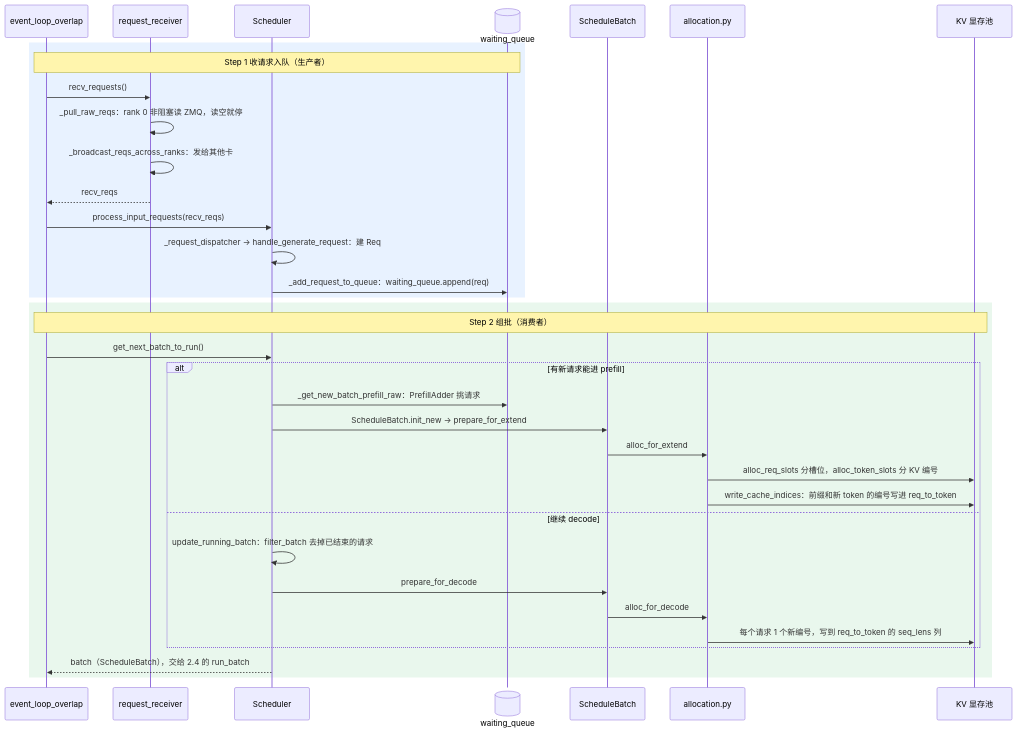
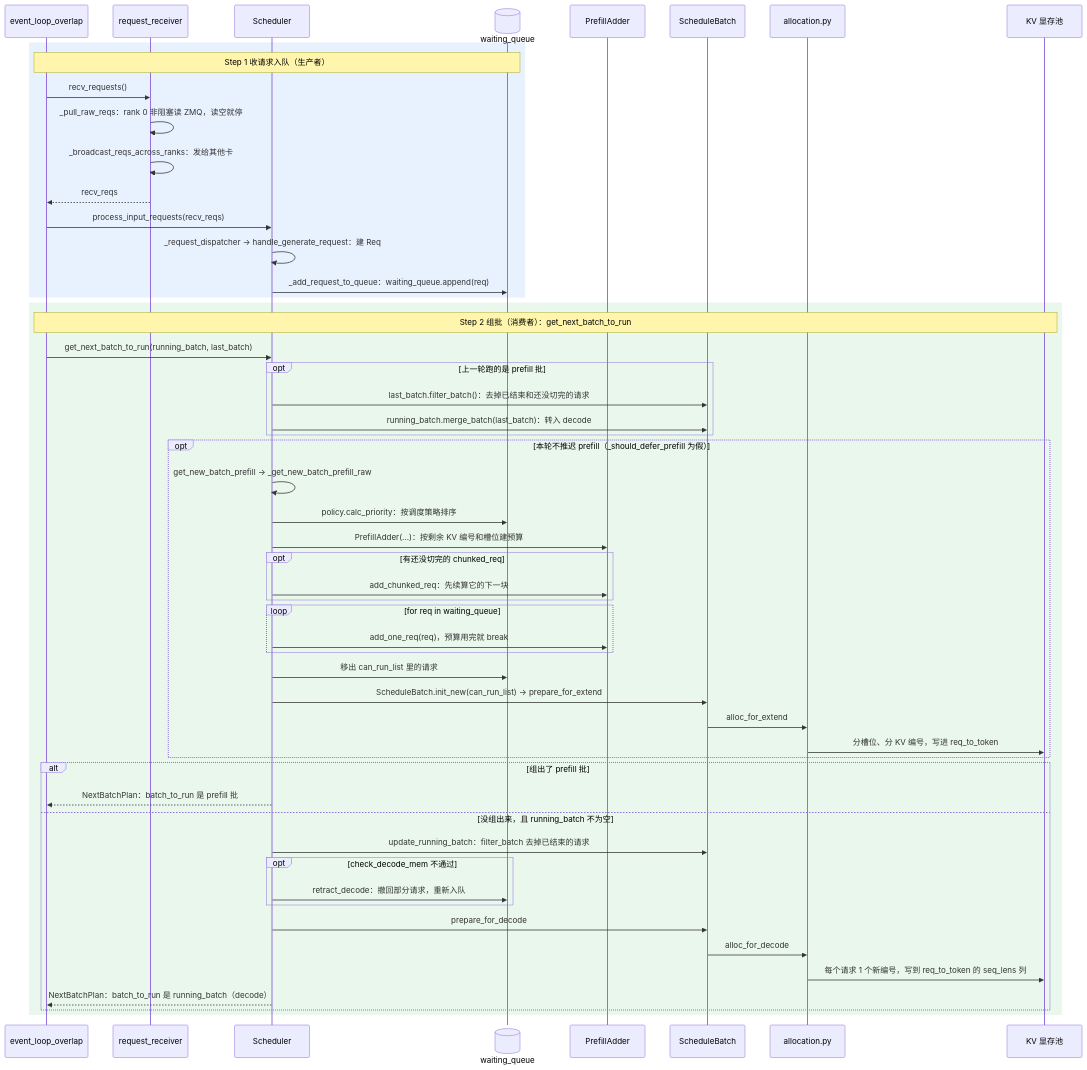
The sixth of 10 diagrams in user_guide_zh/基础知识二：一次推理的全过程（启动、组批、前向与采样）.md (dugenkui03/sglang), drawn with Mermaid before and after one commit. The commit also changed other lines of this file and 24 other files, not shown here.

First line of the commit message:
docs: annotate radix cache, prefill budget and KV allocator; add GPU basics and ScheduleBatch guides

````diff
--- a/user_guide_zh/基础知识二：一次推理的全过程（启动、组批、前向与采样）.md
+++ b/user_guide_zh/基础知识二：一次推理的全过程（启动、组批、前向与采样）.md
@@ -266,38 +266,57 @@
 ```mermaid
 %%{init: {"themeCSS": "g.actor path { fill: #c8e6c9 !important; stroke: #589765 !important; }"}}%%
 sequenceDiagram
     participant L as event_loop_overlap
     participant RR as request_receiver
     participant S as Scheduler
     participant waiting_queue@{ "type" : "database" }
+    participant PA as PrefillAdder
     participant B as ScheduleBatch
     participant A as allocation.py
     participant P as KV 显存池
     rect rgb(232, 242, 255)
         Note over L,waiting_queue: Step 1 收请求入队（生产者）
         L->>RR: recv_requests()
         RR->>RR: _pull_raw_reqs：rank 0 非阻塞读 ZMQ，读空就停
         RR->>RR: _broadcast_reqs_across_ranks：发给其他卡
         RR-->>L: recv_reqs
         L->>S: process_input_requests(recv_reqs)
         S->>S: _request_dispatcher → handle_generate_request：建 Req
         S->>waiting_queue: _add_request_to_queue：waiting_queue.append(req)
     end
     rect rgb(233, 247, 237)
-        Note over L,P: Step 2 组批（消费者）
-        L->>S: get_next_batch_to_run()
-        alt 有新请求能进 prefill
-            S->>waiting_queue: _get_new_batch_prefill_raw：PrefillAdder 挑请求
-            S->>B: ScheduleBatch.init_new → prepare_for_extend
+        Note over L,P: Step 2 组批（消费者）：get_next_batch_to_run
+        L->>S: get_next_batch_to_run(running_batch, last_batch)
+        opt 上一轮跑的是 prefill 批
+            S->>B: last_batch.filter_batch()：去掉已结束和还没切完的请求
+            S->>B: running_batch.merge_batch(last_batch)：转入 decode
+        end
+        opt 本轮不推迟 prefill（_should_defer_prefill 为假）
+            S->>S: get_new_batch_prefill → _get_new_batch_prefill_raw
+            S->>waiting_queue: policy.calc_priority：按调度策略排序
+            S->>PA: PrefillAdder(...)：按剩余 KV 编号和槽位建预算
+            opt 有还没切完的 chunked_req
+                S->>PA: add_chunked_req：先续算它的下一块
+            end
+            loop for req in waiting_queue
+                S->>PA: add_one_req(req)，预算用完就 break
+            end
+            S->>waiting_queue: 移出 can_run_list 里的请求
+            S->>B: ScheduleBatch.init_new(can_run_list) → prepare_for_extend
             B->>A: alloc_for_extend
-            A->>P: alloc_req_slots 分槽位，alloc_token_slots 分 KV 编号
-            A->>P: write_cache_indices：前缀和新 token 的编号写进 req_to_token
-        else 继续 decode
-            S->>S: update_running_batch：filter_batch 去掉已结束的请求
+            A->>P: 分槽位、分 KV 编号，写进 req_to_token
+        end
+        alt 组出了 prefill 批
+            S-->>L: NextBatchPlan：batch_to_run 是 prefill 批
+        else 没组出来，且 running_batch 不为空
+            S->>B: update_running_batch：filter_batch 去掉已结束的请求
+            opt check_decode_mem 不通过
+                S->>waiting_queue: retract_decode：撤回部分请求，重新入队
+            end
             S->>B: prepare_for_decode
             B->>A: alloc_for_decode
             A->>P: 每个请求 1 个新编号，写到 req_to_token 的 seq_lens 列
+            S-->>L: NextBatchPlan：batch_to_run 是 running_batch（decode）
         end
-        S-->>L: batch（ScheduleBatch），交给 2.4 的 run_batch
     end
 ```
````
